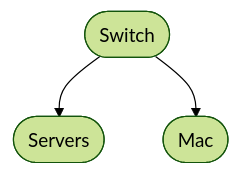
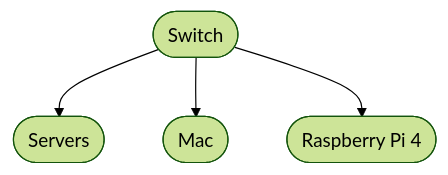
Before and after one commit to KumarP-India/my-home-server: the third of 4 diagrams in README.md, drawn with Mermaid (forest theme). The commit also changed other lines of this file, not shown here.

````diff
--- a/README.md
+++ b/README.md
@@ -71,9 +85,12 @@
 ```mermaid
 graph TD
     Mac([Mac])
     Switch([Switch])
+    Rpi([Raspberry Pi 4])
     Servers([Servers])
 
     Switch --> Servers
     Switch --> Mac
+    Switch --> Rpi
+
 ```
````
